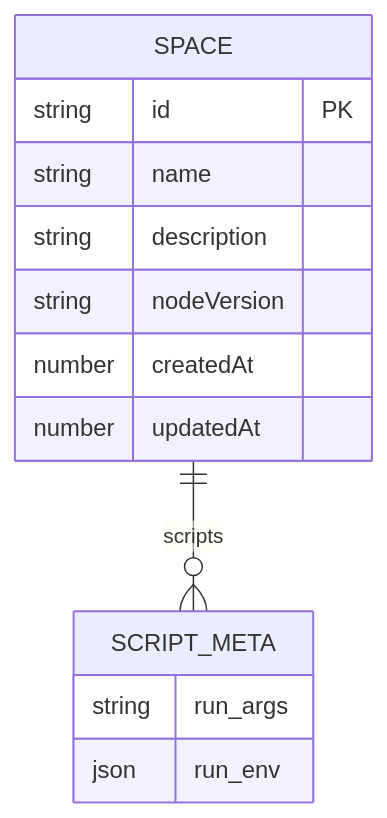
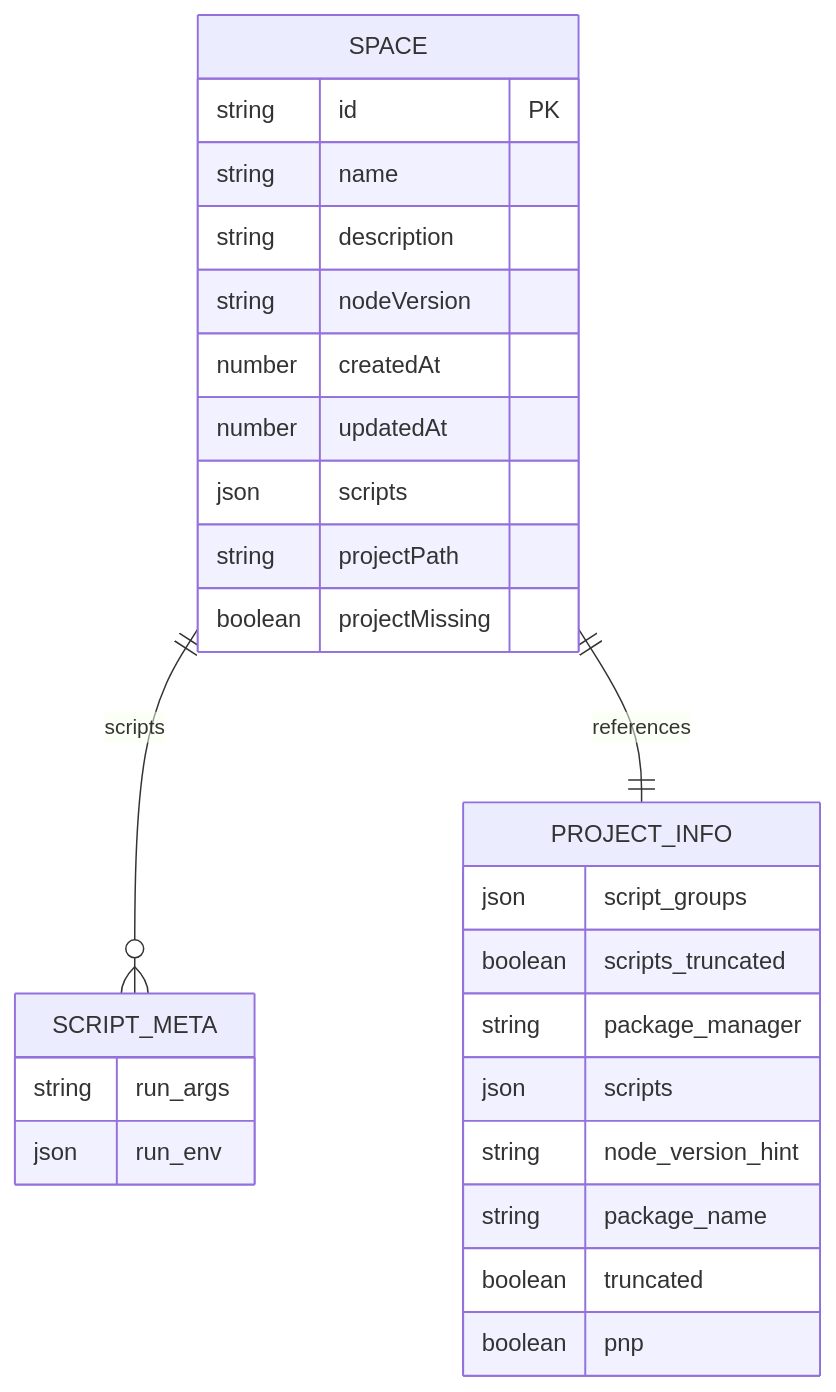
The ninth of 11 diagrams in .qoder/repowiki/zh/content/核心服务层/Space 服务（项目空间管理）.md (hozeeee/script-box), drawn with Mermaid before and after one commit. The commit also changed other lines of this file and 76 other files, not shown here.

````diff
--- a/.qoder/repowiki/zh/content/核心服务层/Space 服务（项目空间管理）.md
+++ b/.qoder/repowiki/zh/content/核心服务层/Space 服务（项目空间管理）.md
@@ -283,16 +394,30 @@
 ```mermaid
 erDiagram
 SPACE {
 string id PK
 string name
 string description
 string nodeVersion
 number createdAt
 number updatedAt
+json scripts
+string projectPath
+boolean projectMissing
 }
 SCRIPT_META {
 string run_args
 json run_env
 }
+PROJECT_INFO {
+json script_groups
+boolean scripts_truncated
+string package_manager
+json scripts
+string node_version_hint
+string package_name
+boolean truncated
+boolean pnp
+}
 SPACE ||--o{ SCRIPT_META : "scripts"
+SPACE ||--|| PROJECT_INFO : "references"
 ```
````
